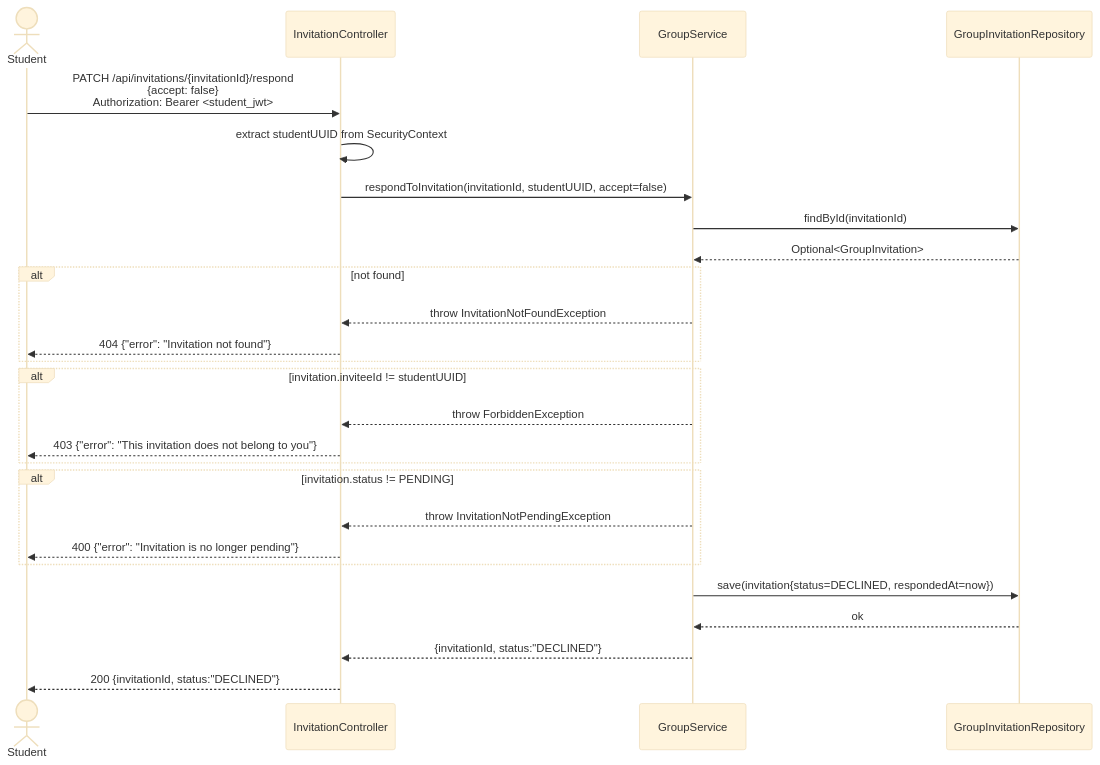
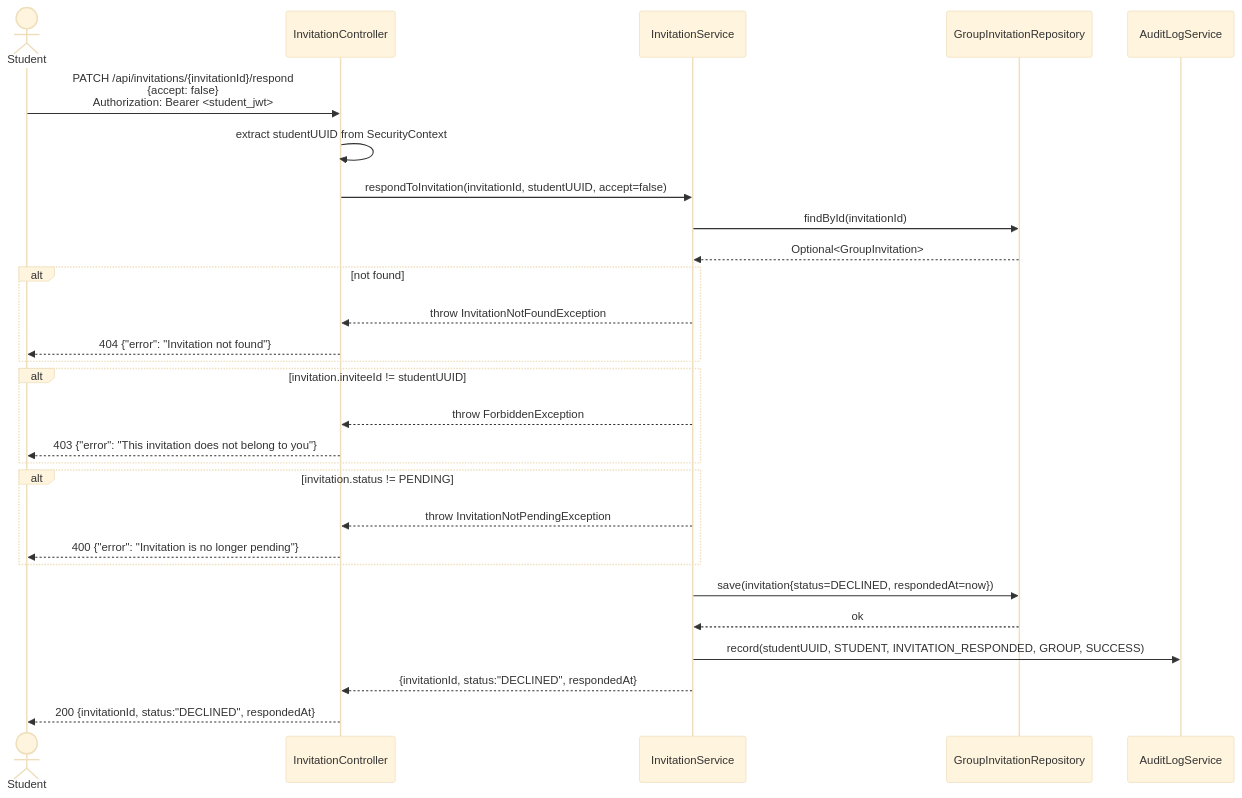
Before and after one commit to SE3318-Spring-2025-2026/senior-app-6: the second of 3 diagrams in docs/process2/sequences/2.3_invitation_respond_p2.md, drawn with Mermaid (base theme). The commit also changed other lines of this file and 13 other files, not shown here.

````diff
--- a/docs/process2/sequences/2.3_invitation_respond_p2.md
+++ b/docs/process2/sequences/2.3_invitation_respond_p2.md
@@ -38,36 +39,39 @@
 ```mermaid
 sequenceDiagram
     actor Student
     participant InvitationController
-    participant GroupService
+    participant InvitationService
     participant GroupInvitationRepository
+    participant AuditLogService
 
     Student->>InvitationController: PATCH /api/invitations/{invitationId}/respond<br/>{accept: false}<br/>Authorization: Bearer <student_jwt>
 
     InvitationController->>InvitationController: extract studentUUID from SecurityContext
-    InvitationController->>GroupService: respondToInvitation(invitationId, studentUUID, accept=false)
+    InvitationController->>InvitationService: respondToInvitation(invitationId, studentUUID, accept=false)
 
-    GroupService->>GroupInvitationRepository: findById(invitationId)
-    GroupInvitationRepository-->>GroupService: Optional<GroupInvitation>
+    InvitationService->>GroupInvitationRepository: findById(invitationId)
+    GroupInvitationRepository-->>InvitationService: Optional<GroupInvitation>
 
     alt not found
-        GroupService-->>InvitationController: throw InvitationNotFoundException
+        InvitationService-->>InvitationController: throw InvitationNotFoundException
         InvitationController-->>Student: 404 {"error": "Invitation not found"}
     end
 
     alt invitation.inviteeId != studentUUID
-        GroupService-->>InvitationController: throw ForbiddenException
+        InvitationService-->>InvitationController: throw ForbiddenException
         InvitationController-->>Student: 403 {"error": "This invitation does not belong to you"}
     end
 
     alt invitation.status != PENDING
-        GroupService-->>InvitationController: throw InvitationNotPendingException
+        InvitationService-->>InvitationController: throw InvitationNotPendingException
         InvitationController-->>Student: 400 {"error": "Invitation is no longer pending"}
     end
 
-    GroupService->>GroupInvitationRepository: save(invitation{status=DECLINED, respondedAt=now})
-    GroupInvitationRepository-->>GroupService: ok
+    InvitationService->>GroupInvitationRepository: save(invitation{status=DECLINED, respondedAt=now})
+    GroupInvitationRepository-->>InvitationService: ok
 
-    GroupService-->>InvitationController: {invitationId, status:"DECLINED"}
-    InvitationController-->>Student: 200 {invitationId, status:"DECLINED"}
+    InvitationService->>AuditLogService: record(studentUUID, STUDENT, INVITATION_RESPONDED, GROUP, SUCCESS)
+
+    InvitationService-->>InvitationController: {invitationId, status:"DECLINED", respondedAt}
+    InvitationController-->>Student: 200 {invitationId, status:"DECLINED", respondedAt}
 ```
````
